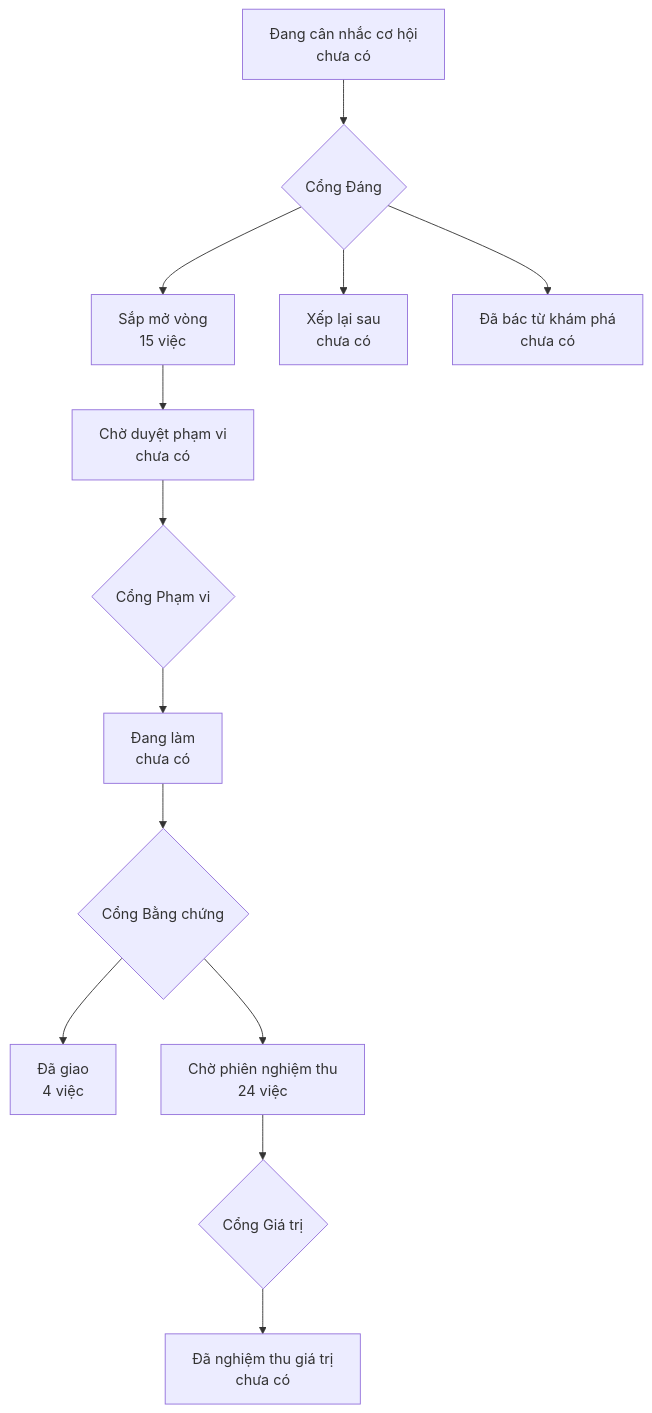
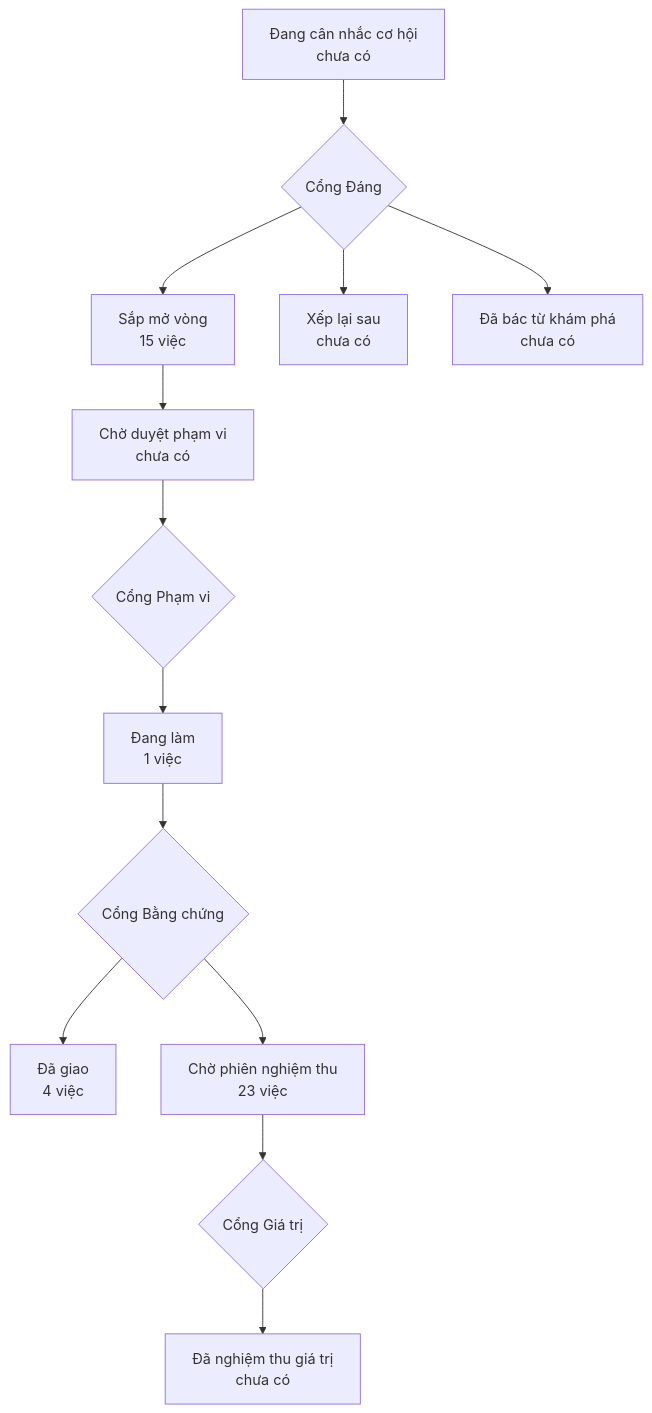
Before and after one commit to phanlemanh/onehub-quy-hang: the diagram in PRODUCT-MAP.md, drawn with Mermaid. The commit also changed other lines of this file and 1 other file, not shown here.

Commit message:
chore: vẽ lại bản đồ sản phẩm và lộ trình sau gộp main

````diff
--- a/PRODUCT-MAP.md
+++ b/PRODUCT-MAP.md
@@ -7,12 +7,12 @@
 ```mermaid
 flowchart TD
   A["Đang cân nhắc cơ hội<br/>chưa có"] --> GD{"Cổng Đáng"}
   GD --> B["Sắp mở vòng<br/>15 việc"]
   GD --> XL["Xếp lại sau<br/>chưa có"]
   GD --> DB["Đã bác từ khám phá<br/>chưa có"]
   B --> CD["Chờ duyệt phạm vi<br/>chưa có"] --> GP{"Cổng Phạm vi"}
-  GP --> DL["Đang làm<br/>chưa có"] --> GB{"Cổng Bằng chứng"}
+  GP --> DL["Đang làm<br/>1 việc"] --> GB{"Cổng Bằng chứng"}
   GB --> DG["Đã giao<br/>4 việc"]
-  GB --> CN["Chờ phiên nghiệm thu<br/>24 việc"] --> GG{"Cổng Giá trị"}
+  GB --> CN["Chờ phiên nghiệm thu<br/>23 việc"] --> GG{"Cổng Giá trị"}
   GG --> NT["Đã nghiệm thu giá trị<br/>chưa có"]
 ```
````
